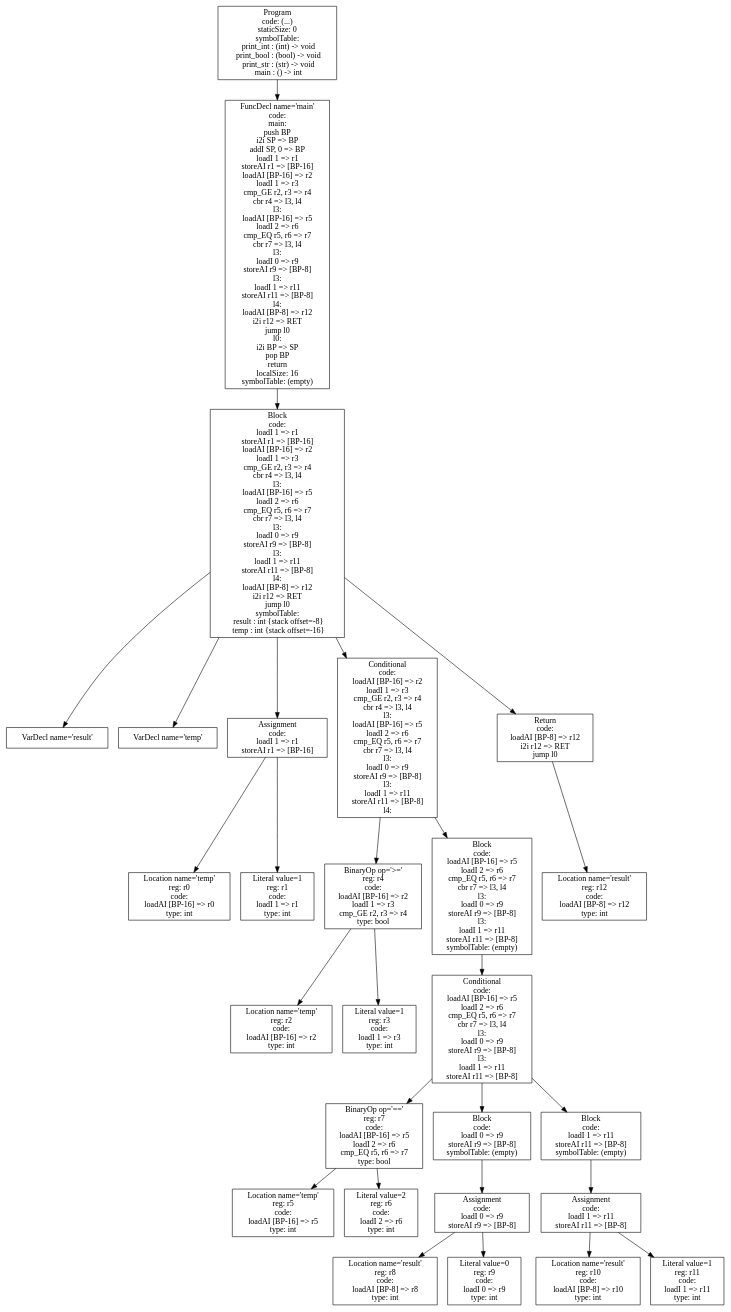
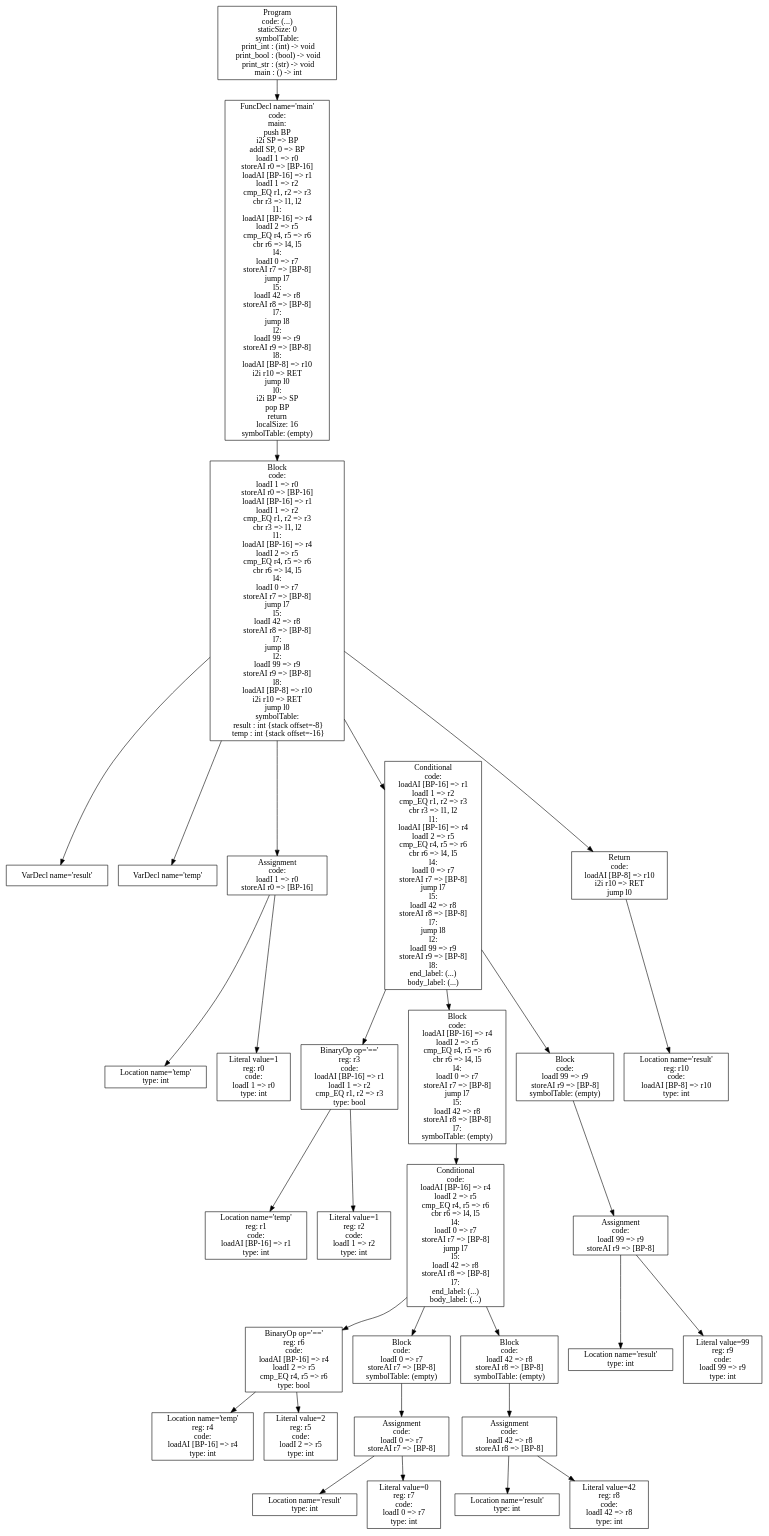
Before and after one commit to atrim11/CS432: the diagram in p4-codegen/iloc-tree.dot, drawn with Graphviz. The commit also changed 21 other files, not shown here.

```diff
--- a/p4-codegen/iloc-tree.dot
+++ b/p4-codegen/iloc-tree.dot
@@ -1,55 +1,63 @@
 digraph AST {
 3 [shape=box, label="VarDecl name='result'"];
 4 [shape=box, label="VarDecl name='temp'"];
-6 [shape=box, label="Location name='temp'\nreg: r0\ncode: \nloadAI [BP-16] => r0\ntype: int"];
-7 [shape=box, label="Literal value=1\nreg: r1\ncode: \nloadI 1 => r1\ntype: int"];
-5 [shape=box, label="Assignment\ncode: \nloadI 1 => r1\nstoreAI r1 => [BP-16]"];
+6 [shape=box, label="Location name='temp'\ntype: int"];
+7 [shape=box, label="Literal value=1\nreg: r0\ncode: \nloadI 1 => r0\ntype: int"];
+5 [shape=box, label="Assignment\ncode: \nloadI 1 => r0\nstoreAI r0 => [BP-16]"];
 5 -> 6;
 5 -> 7;
-10 [shape=box, label="Location name='temp'\nreg: r2\ncode: \nloadAI [BP-16] => r2\ntype: int"];
-11 [shape=box, label="Literal value=1\nreg: r3\ncode: \nloadI 1 => r3\ntype: int"];
-9 [shape=box, label="BinaryOp op='>='\nreg: r4\ncode: \nloadAI [BP-16] => r2\nloadI 1 => r3\ncmp_GE r2, r3 => r4\ntype: bool"];
+10 [shape=box, label="Location name='temp'\nreg: r1\ncode: \nloadAI [BP-16] => r1\ntype: int"];
+11 [shape=box, label="Literal value=1\nreg: r2\ncode: \nloadI 1 => r2\ntype: int"];
+9 [shape=box, label="BinaryOp op='=='\nreg: r3\ncode: \nloadAI [BP-16] => r1\nloadI 1 => r2\ncmp_EQ r1, r2 => r3\ntype: bool"];
 9 -> 10;
 9 -> 11;
-15 [shape=box, label="Location name='temp'\nreg: r5\ncode: \nloadAI [BP-16] => r5\ntype: int"];
-16 [shape=box, label="Literal value=2\nreg: r6\ncode: \nloadI 2 => r6\ntype: int"];
-14 [shape=box, label="BinaryOp op='=='\nreg: r7\ncode: \nloadAI [BP-16] => r5\nloadI 2 => r6\ncmp_EQ r5, r6 => r7\ntype: bool"];
+15 [shape=box, label="Location name='temp'\nreg: r4\ncode: \nloadAI [BP-16] => r4\ntype: int"];
+16 [shape=box, label="Literal value=2\nreg: r5\ncode: \nloadI 2 => r5\ntype: int"];
+14 [shape=box, label="BinaryOp op='=='\nreg: r6\ncode: \nloadAI [BP-16] => r4\nloadI 2 => r5\ncmp_EQ r4, r5 => r6\ntype: bool"];
 14 -> 15;
 14 -> 16;
-19 [shape=box, label="Location name='result'\nreg: r8\ncode: \nloadAI [BP-8] => r8\ntype: int"];
-20 [shape=box, label="Literal value=0\nreg: r9\ncode: \nloadI 0 => r9\ntype: int"];
-18 [shape=box, label="Assignment\ncode: \nloadI 0 => r9\nstoreAI r9 => [BP-8]"];
+19 [shape=box, label="Location name='result'\ntype: int"];
+20 [shape=box, label="Literal value=0\nreg: r7\ncode: \nloadI 0 => r7\ntype: int"];
+18 [shape=box, label="Assignment\ncode: \nloadI 0 => r7\nstoreAI r7 => [BP-8]"];
 18 -> 19;
 18 -> 20;
-17 [shape=box, label="Block\ncode: \nloadI 0 => r9\nstoreAI r9 => [BP-8]\nsymbolTable: (empty)"];
+17 [shape=box, label="Block\ncode: \nloadI 0 => r7\nstoreAI r7 => [BP-8]\nsymbolTable: (empty)"];
 17 -> 18;
-23 [shape=box, label="Location name='result'\nreg: r10\ncode: \nloadAI [BP-8] => r10\ntype: int"];
-24 [shape=box, label="Literal value=1\nreg: r11\ncode: \nloadI 1 => r11\ntype: int"];
-22 [shape=box, label="Assignment\ncode: \nloadI 1 => r11\nstoreAI r11 => [BP-8]"];
+23 [shape=box, label="Location name='result'\ntype: int"];
+24 [shape=box, label="Literal value=42\nreg: r8\ncode: \nloadI 42 => r8\ntype: int"];
+22 [shape=box, label="Assignment\ncode: \nloadI 42 => r8\nstoreAI r8 => [BP-8]"];
 22 -> 23;
 22 -> 24;
-21 [shape=box, label="Block\ncode: \nloadI 1 => r11\nstoreAI r11 => [BP-8]\nsymbolTable: (empty)"];
+21 [shape=box, label="Block\ncode: \nloadI 42 => r8\nstoreAI r8 => [BP-8]\nsymbolTable: (empty)"];
 21 -> 22;
-13 [shape=box, label="Conditional\ncode: \nloadAI [BP-16] => r5\nloadI 2 => r6\ncmp_EQ r5, r6 => r7\ncbr r7 => l3, l4\nl3:\nloadI 0 => r9\nstoreAI r9 => [BP-8]\nl3:\nloadI 1 => r11\nstoreAI r11 => [BP-8]"];
+13 [shape=box, label="Conditional\ncode: \nloadAI [BP-16] => r4\nloadI 2 => r5\ncmp_EQ r4, r5 => r6\ncbr r6 => l4, l5\nl4:\nloadI 0 => r7\nstoreAI r7 => [BP-8]\njump l7\nl5:\nloadI 42 => r8\nstoreAI r8 => [BP-8]\nl7:\nend_label: (...)\nbody_label: (...)"];
 13 -> 14;
 13 -> 17;
 13 -> 21;
-12 [shape=box, label="Block\ncode: \nloadAI [BP-16] => r5\nloadI 2 => r6\ncmp_EQ r5, r6 => r7\ncbr r7 => l3, l4\nl3:\nloadI 0 => r9\nstoreAI r9 => [BP-8]\nl3:\nloadI 1 => r11\nstoreAI r11 => [BP-8]\nsymbolTable: (empty)"];
+12 [shape=box, label="Block\ncode: \nloadAI [BP-16] => r4\nloadI 2 => r5\ncmp_EQ r4, r5 => r6\ncbr r6 => l4, l5\nl4:\nloadI 0 => r7\nstoreAI r7 => [BP-8]\njump l7\nl5:\nloadI 42 => r8\nstoreAI r8 => [BP-8]\nl7:\nsymbolTable: (empty)"];
 12 -> 13;
-8 [shape=box, label="Conditional\ncode: \nloadAI [BP-16] => r2\nloadI 1 => r3\ncmp_GE r2, r3 => r4\ncbr r4 => l3, l4\nl3:\nloadAI [BP-16] => r5\nloadI 2 => r6\ncmp_EQ r5, r6 => r7\ncbr r7 => l3, l4\nl3:\nloadI 0 => r9\nstoreAI r9 => [BP-8]\nl3:\nloadI 1 => r11\nstoreAI r11 => [BP-8]\nl4:"];
+27 [shape=box, label="Location name='result'\ntype: int"];
+28 [shape=box, label="Literal value=99\nreg: r9\ncode: \nloadI 99 => r9\ntype: int"];
+26 [shape=box, label="Assignment\ncode: \nloadI 99 => r9\nstoreAI r9 => [BP-8]"];
+26 -> 27;
+26 -> 28;
+25 [shape=box, label="Block\ncode: \nloadI 99 => r9\nstoreAI r9 => [BP-8]\nsymbolTable: (empty)"];
+25 -> 26;
+8 [shape=box, label="Conditional\ncode: \nloadAI [BP-16] => r1\nloadI 1 => r2\ncmp_EQ r1, r2 => r3\ncbr r3 => l1, l2\nl1:\nloadAI [BP-16] => r4\nloadI 2 => r5\ncmp_EQ r4, r5 => r6\ncbr r6 => l4, l5\nl4:\nloadI 0 => r7\nstoreAI r7 => [BP-8]\njump l7\nl5:\nloadI 42 => r8\nstoreAI r8 => [BP-8]\nl7:\njump l8\nl2:\nloadI 99 => r9\nstoreAI r9 => [BP-8]\nl8:\nend_label: (...)\nbody_label: (...)"];
 8 -> 9;
 8 -> 12;
-26 [shape=box, label="Location name='result'\nreg: r12\ncode: \nloadAI [BP-8] => r12\ntype: int"];
-25 [shape=box, label="Return\ncode: \nloadAI [BP-8] => r12\ni2i r12 => RET\njump l0"];
-25 -> 26;
-2 [shape=box, label="Block\ncode: \nloadI 1 => r1\nstoreAI r1 => [BP-16]\nloadAI [BP-16] => r2\nloadI 1 => r3\ncmp_GE r2, r3 => r4\ncbr r4 => l3, l4\nl3:\nloadAI [BP-16] => r5\nloadI 2 => r6\ncmp_EQ r5, r6 => r7\ncbr r7 => l3, l4\nl3:\nloadI 0 => r9\nstoreAI r9 => [BP-8]\nl3:\nloadI 1 => r11\nstoreAI r11 => [BP-8]\nl4:\nloadAI [BP-8] => r12\ni2i r12 => RET\njump l0\nsymbolTable: \n  result : int {stack offset=-8}\n  temp : int {stack offset=-16}"];
+8 -> 25;
+30 [shape=box, label="Location name='result'\nreg: r10\ncode: \nloadAI [BP-8] => r10\ntype: int"];
+29 [shape=box, label="Return\ncode: \nloadAI [BP-8] => r10\ni2i r10 => RET\njump l0"];
+29 -> 30;
+2 [shape=box, label="Block\ncode: \nloadI 1 => r0\nstoreAI r0 => [BP-16]\nloadAI [BP-16] => r1\nloadI 1 => r2\ncmp_EQ r1, r2 => r3\ncbr r3 => l1, l2\nl1:\nloadAI [BP-16] => r4\nloadI 2 => r5\ncmp_EQ r4, r5 => r6\ncbr r6 => l4, l5\nl4:\nloadI 0 => r7\nstoreAI r7 => [BP-8]\njump l7\nl5:\nloadI 42 => r8\nstoreAI r8 => [BP-8]\nl7:\njump l8\nl2:\nloadI 99 => r9\nstoreAI r9 => [BP-8]\nl8:\nloadAI [BP-8] => r10\ni2i r10 => RET\njump l0\nsymbolTable: \n  result : int {stack offset=-8}\n  temp : int {stack offset=-16}"];
 2 -> 3;
 2 -> 4;
 2 -> 5;
 2 -> 8;
-2 -> 25;
-1 [shape=box, label="FuncDecl name='main'\ncode: \nmain:\npush BP\ni2i SP => BP\naddI SP, 0 => BP\nloadI 1 => r1\nstoreAI r1 => [BP-16]\nloadAI [BP-16] => r2\nloadI 1 => r3\ncmp_GE r2, r3 => r4\ncbr r4 => l3, l4\nl3:\nloadAI [BP-16] => r5\nloadI 2 => r6\ncmp_EQ r5, r6 => r7\ncbr r7 => l3, l4\nl3:\nloadI 0 => r9\nstoreAI r9 => [BP-8]\nl3:\nloadI 1 => r11\nstoreAI r11 => [BP-8]\nl4:\nloadAI [BP-8] => r12\ni2i r12 => RET\njump l0\nl0:\ni2i BP => SP\npop BP\nreturn\nlocalSize: 16\nsymbolTable: (empty)"];
+2 -> 29;
+1 [shape=box, label="FuncDecl name='main'\ncode: \nmain:\npush BP\ni2i SP => BP\naddI SP, 0 => BP\nloadI 1 => r0\nstoreAI r0 => [BP-16]\nloadAI [BP-16] => r1\nloadI 1 => r2\ncmp_EQ r1, r2 => r3\ncbr r3 => l1, l2\nl1:\nloadAI [BP-16] => r4\nloadI 2 => r5\ncmp_EQ r4, r5 => r6\ncbr r6 => l4, l5\nl4:\nloadI 0 => r7\nstoreAI r7 => [BP-8]\njump l7\nl5:\nloadI 42 => r8\nstoreAI r8 => [BP-8]\nl7:\njump l8\nl2:\nloadI 99 => r9\nstoreAI r9 => [BP-8]\nl8:\nloadAI [BP-8] => r10\ni2i r10 => RET\njump l0\nl0:\ni2i BP => SP\npop BP\nreturn\nlocalSize: 16\nsymbolTable: (empty)"];
 1 -> 2;
 0 [shape=box, label="Program\ncode: (...)\nstaticSize: 0\nsymbolTable: \n  print_int : (int) -> void\n  print_bool : (bool) -> void\n  print_str : (str) -> void\n  main : () -> int"];
 0 -> 1;
 }
```
